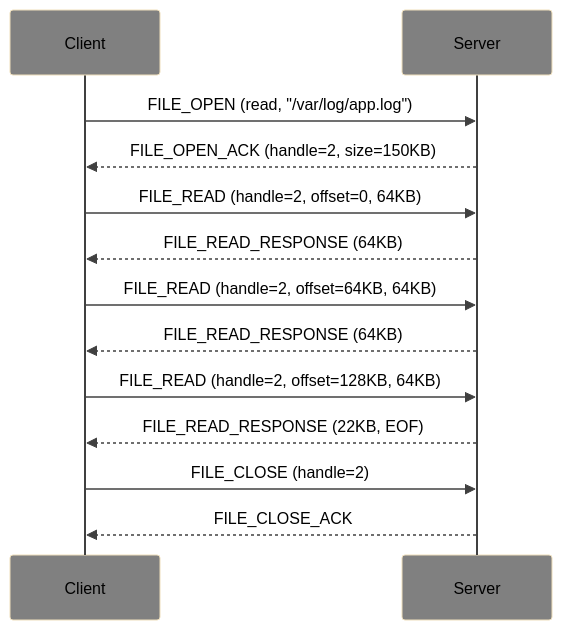
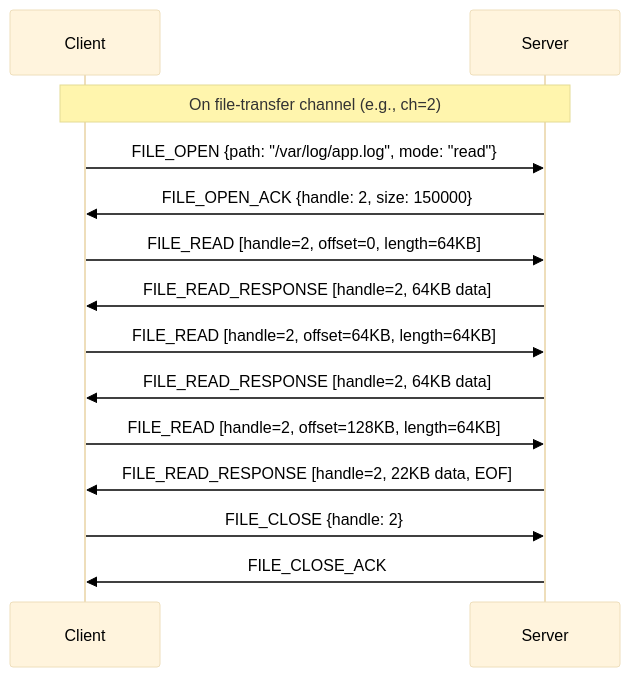
Before and after one commit to deftai/xumux: the fourth of 4 diagrams in docs/ext-file-transfer.md, drawn with Mermaid. The commit also changed other lines of this file and 6 other files, not shown here.

````diff
--- a/docs/ext-file-transfer.md
+++ b/docs/ext-file-transfer.md
@@ -209,21 +207,22 @@
 ```mermaid
-%%{init: {'theme': 'base', 'themeVariables': {'primaryTextColor': '#000000', 'secondaryTextColor': '#000000', 'tertiaryTextColor': '#000000', 'noteBkgColor': '#909090', 'noteTextColor': '#000000', 'actorBkg': '#808080', 'actorTextColor': '#000000', 'actorLineColor': '#404040', 'signalColor': '#404040'}}}%%
+%%{init: {'theme': 'base', 'themeVariables': {'primaryTextColor': '#000', 'lineColor': '#333'}}}%%
 sequenceDiagram
     participant C as Client
     participant S as Server
 
-    C->>S: FILE_OPEN (read, "/var/log/app.log")
-    S-->>C: FILE_OPEN_ACK (handle=2, size=150KB)
-    
-    C->>S: FILE_READ (handle=2, offset=0, 64KB)
-    S-->>C: FILE_READ_RESPONSE (64KB)
-    
-    C->>S: FILE_READ (handle=2, offset=64KB, 64KB)
-    S-->>C: FILE_READ_RESPONSE (64KB)
-    
-    C->>S: FILE_READ (handle=2, offset=128KB, 64KB)
-    S-->>C: FILE_READ_RESPONSE (22KB, EOF)
-    
-    C->>S: FILE_CLOSE (handle=2)
-    S-->>C: FILE_CLOSE_ACK
+    Note over C,S: On file-transfer channel (e.g., ch=2)
+    C->>S: FILE_OPEN {path: "/var/log/app.log", mode: "read"}
+    S->>C: FILE_OPEN_ACK {handle: 2, size: 150000}
+
+    C->>S: FILE_READ [handle=2, offset=0, length=64KB]
+    S->>C: FILE_READ_RESPONSE [handle=2, 64KB data]
+
+    C->>S: FILE_READ [handle=2, offset=64KB, length=64KB]
+    S->>C: FILE_READ_RESPONSE [handle=2, 64KB data]
+
+    C->>S: FILE_READ [handle=2, offset=128KB, length=64KB]
+    S->>C: FILE_READ_RESPONSE [handle=2, 22KB data, EOF]
+
+    C->>S: FILE_CLOSE {handle: 2}
+    S->>C: FILE_CLOSE_ACK
 ```
````
